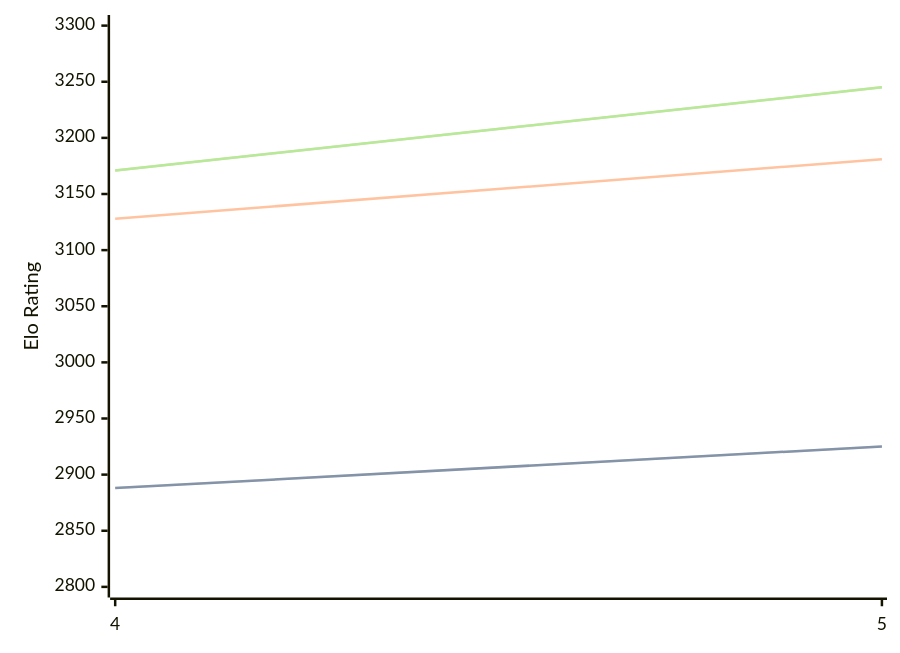
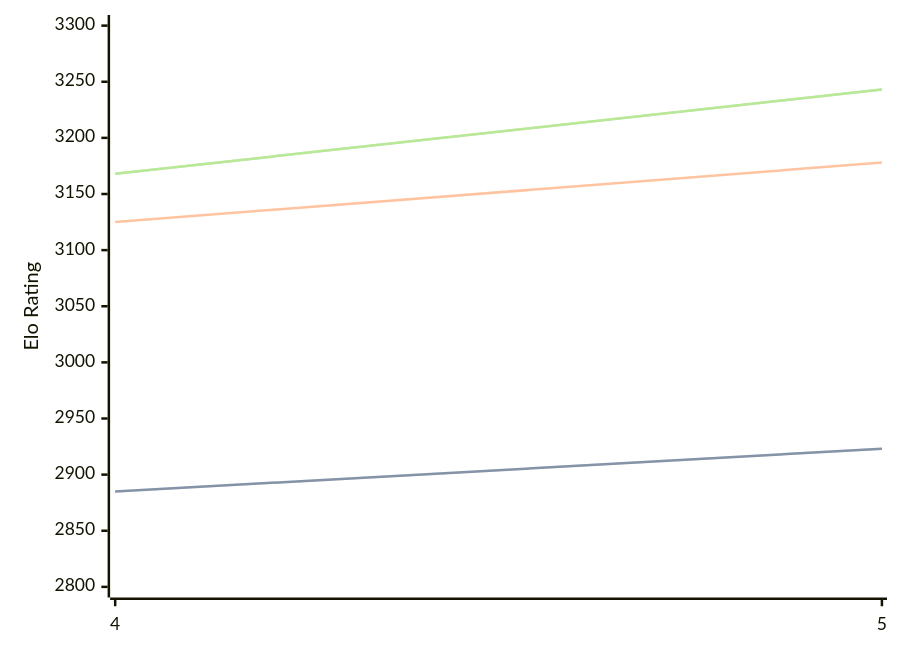
One commit to computer-chess-index/cci changed the diagram in engines/Cwtch.md. Above: the diagram before and after it, drawn with Mermaid. The commit also changed other lines of this file, not shown here.

Commit message:
Update CCI Ratings (ELO VLTC) - 2026-04-23

````diff
--- a/engines/Cwtch.md
+++ b/engines/Cwtch.md
@@ -34,11 +34,11 @@
 ```mermaid
 %%{init: {"theme":"base","themeVariables":{"seriesColors:['#a3a3a3','#222221','#faa371']}}}%%
 xychart-beta
   x-axis ["4", "5"]
   y-axis "Elo Rating" 2800 --> 3300
-  line "STC (8.0+0.08s)" [2888, 2925]
-  line "STC (8.0+0.08s)" [2888, 2925]
-  line "LTC (60.0+0.60s)" [3128, 3181]
-  line "VLTC (2m24s+1.12s)" [3171, 3245]
-  line "VLTC (2m24s+1.12s)" [3171, 3245]
+  line "STC (8.0+0.08s)" [2885, 2923]
+  line "STC (8.0+0.08s)" [2885, 2923]
+  line "LTC (60.0+0.60s)" [3125, 3178]
+  line "VLTC (2m24s+1.12s)" [3168, 3243]
+  line "VLTC (2m24s+1.12s)" [3168, 3243]
 ```
````
